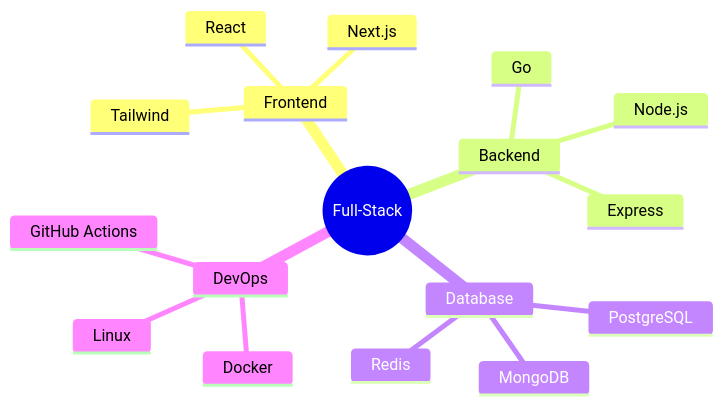
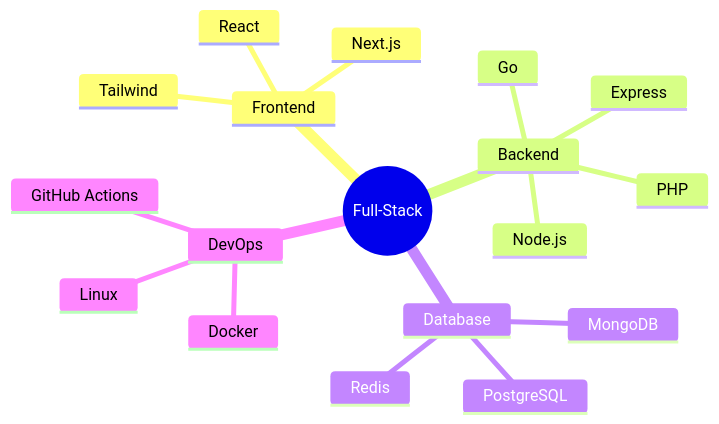
One commit to berahaan/berahaan changed the diagram in README.md. Above: the diagram before and after it, drawn with Mermaid. The commit also changed other lines of this file, not shown here.

First line of the commit message:
Add PHP badge and REST API example in README

````diff
--- a/README.md
+++ b/README.md
@@ -84,20 +85,22 @@
 ```mermaid
 mindmap
   root((Full-Stack))
     Frontend
       React
       Next.js
       Tailwind
     Backend
       Go
       Node.js
+      PHP
       Express
     Database
       PostgreSQL
       MongoDB
       Redis
     DevOps
       Docker
       GitHub Actions
       Linux
+
 ```
````
